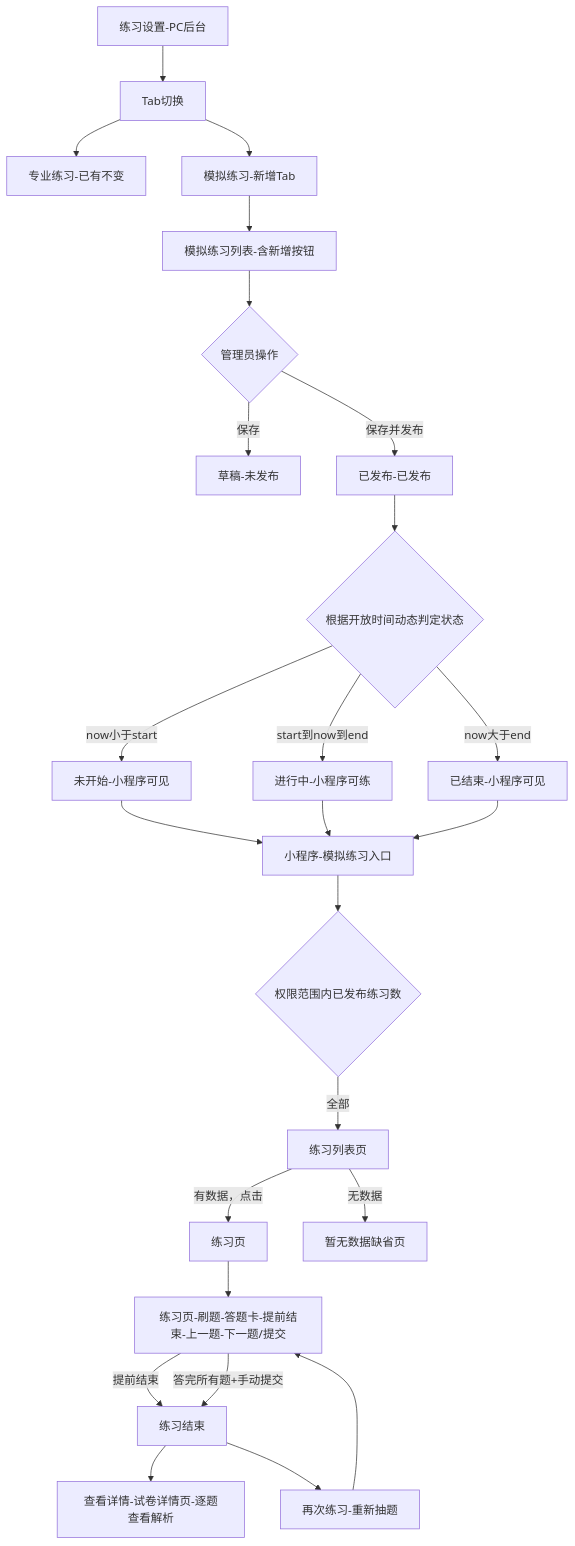
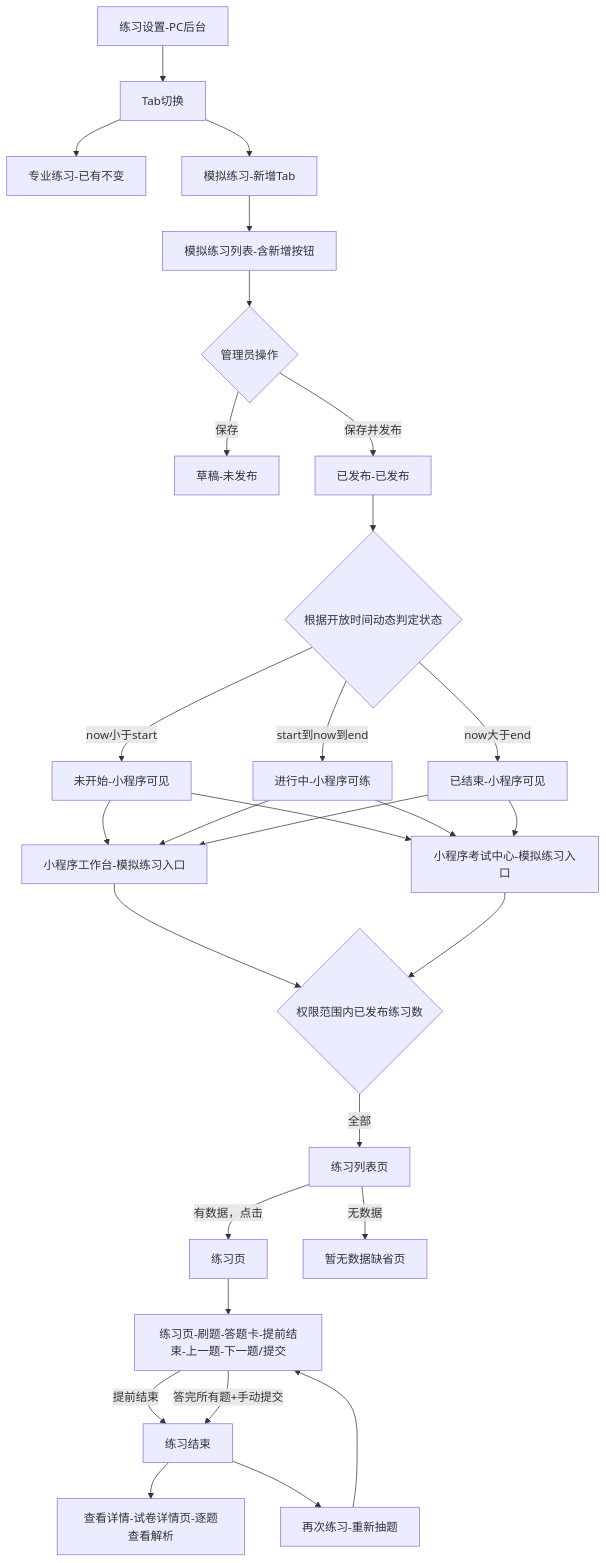
Before and after one commit to parispang666-ops/practice: the first of 6 diagrams in PRD/练习功能整体PRD.md, drawn with Mermaid. The commit also changed other lines of this file and 16 other files, not shown here.

````diff
--- a/PRD/练习功能整体PRD.md
+++ b/PRD/练习功能整体PRD.md
@@ -30,27 +30,31 @@
 ```mermaid
 flowchart TD
     A[练习设置-PC后台] --> B[Tab切换]
     B --> C[专业练习-已有不变]
     B --> D[模拟练习-新增Tab]
     D --> E[模拟练习列表-含新增按钮]
     E --> F{管理员操作}
     F -->|保存| G[草稿-未发布]
     F -->|保存并发布| H[已发布-已发布]
     H --> I{根据开放时间动态判定状态}
     I -->|now小于start| J[未开始-小程序可见]
     I -->|start到now到end| K[进行中-小程序可练]
     I -->|now大于end| L[已结束-小程序可见]
-    J --> M[小程序-模拟练习入口]
-    K --> M
-    L --> M
-    M --> N{权限范围内已发布练习数}
+    J --> M1[小程序工作台-模拟练习入口]
+    K --> M1
+    L --> M1
+    J --> M2[小程序考试中心-模拟练习入口]
+    K --> M2
+    L --> M2
+    M1 --> N{权限范围内已发布练习数}
+    M2 --> N
     N -->|全部| Q[练习列表页]
     Q -->|有数据，点击| P[练习页]
     Q -->|无数据| O[暂无数据缺省页]
     P --> R[练习页-刷题-答题卡-提前结束-上一题-下一题/提交]
     R -->|提前结束| S[练习结束]
     R -->|答完所有题+手动提交| S
     S --> T[查看详情-试卷详情页-逐题查看解析]
     S --> U[再次练习-重新抽题]
     U --> R
 ```
````
